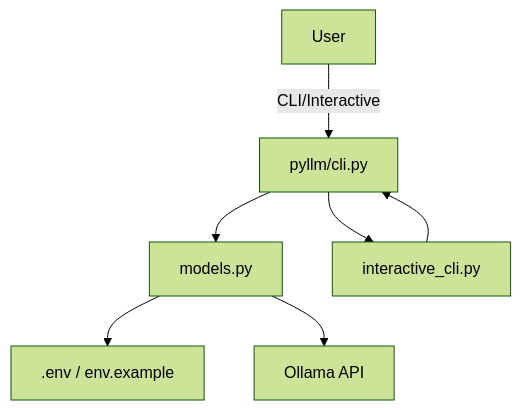
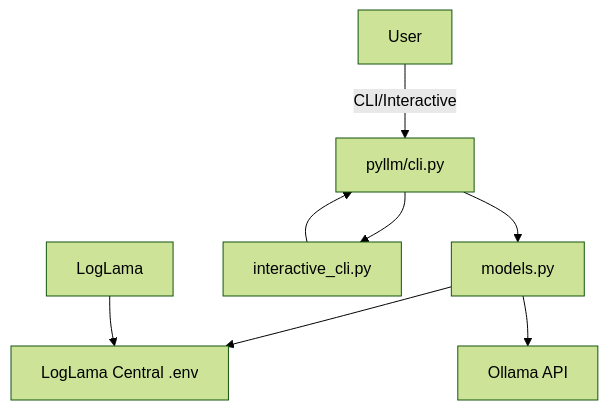
The first of 2 diagrams in README.md (py-lama/getllm), drawn with Mermaid (forest theme) before and after one commit. The commit also changed other lines of this file and 2 other files, not shown here.

````diff
--- a/README.md
+++ b/README.md
@@ -8,9 +17,10 @@
 ```mermaid
 graph TD
     A[User] -->|CLI/Interactive| B[pyllm/cli.py]
     B --> C[models.py]
     B --> D[interactive_cli.py]
-    C --> E[.env / env.example]
+    C --> E[LogLama Central .env]
     C --> F[Ollama API]
     D --> B
+    G[LogLama] --> E
 ```
````
